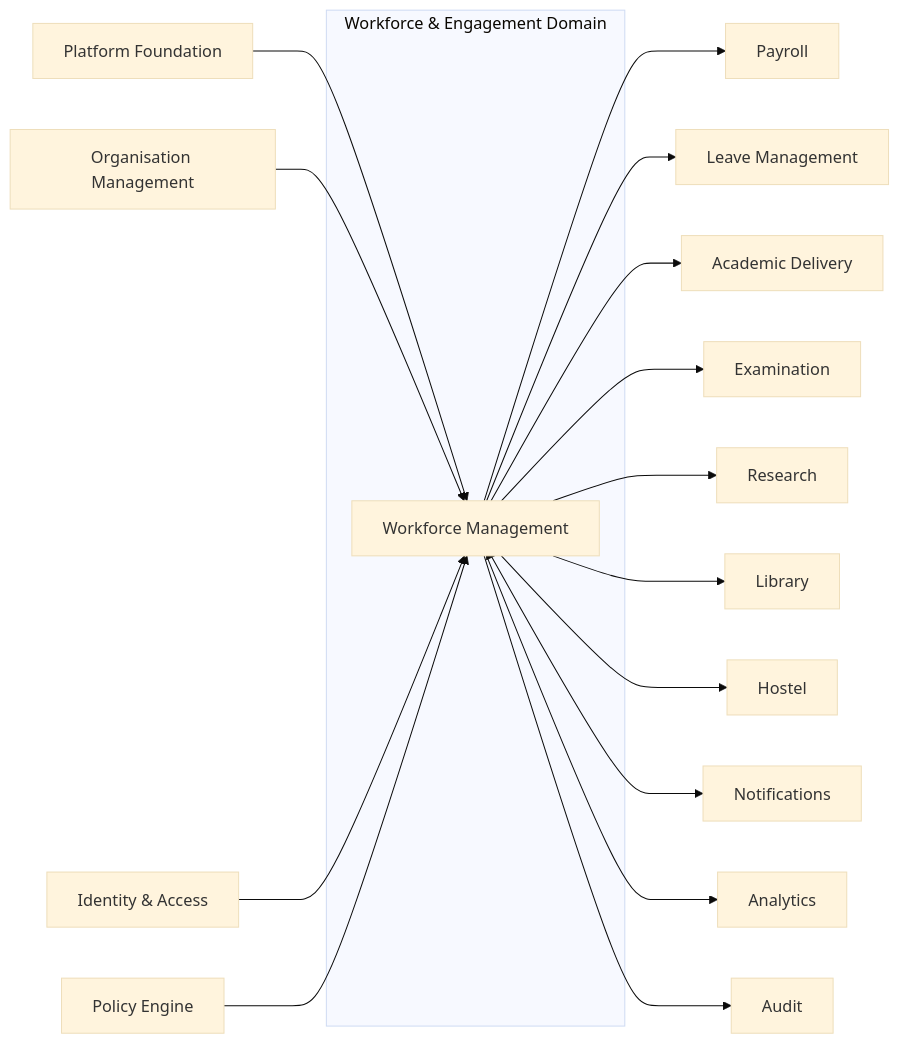
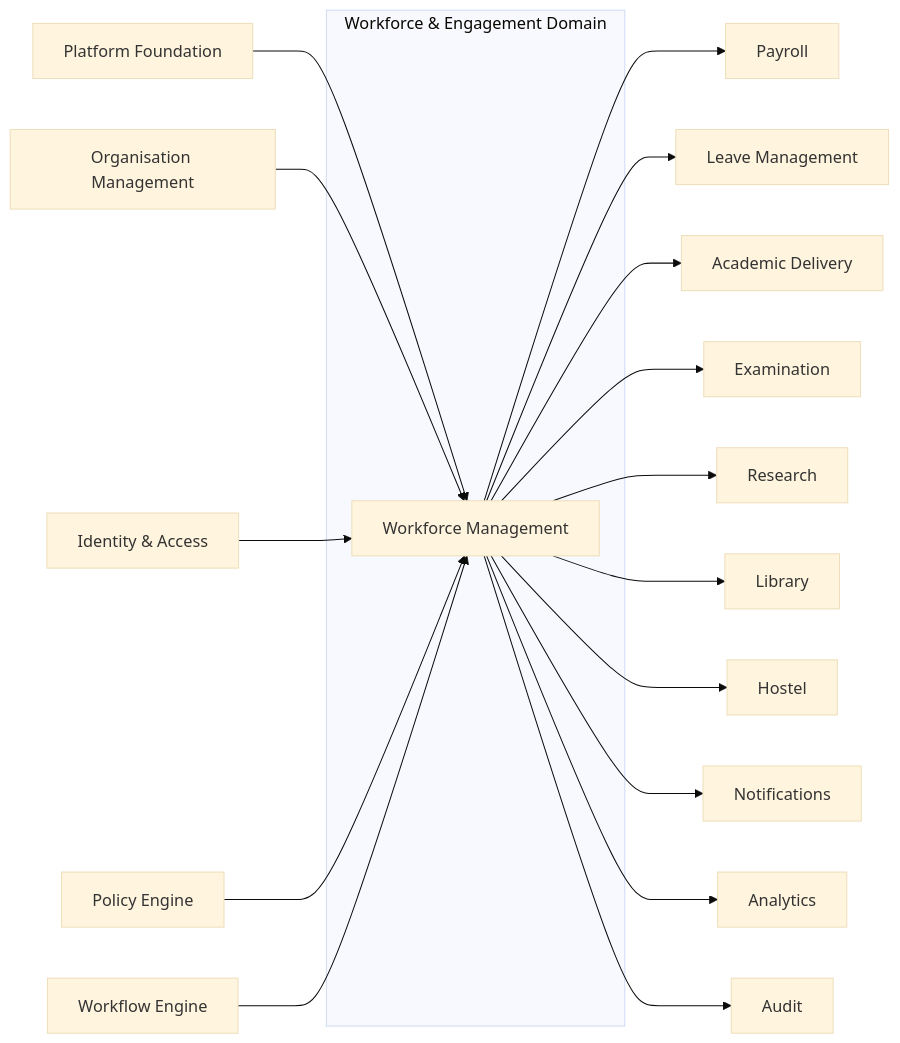
The first of 9 diagrams in architecture/L2_Domain_Workflow_Architecture/section-e/L2-E01_Workforce_and_Engagement_Workflows.md (Varad1604/ERP_hark), drawn with Mermaid (base theme) before and after one commit. The commit also changed other lines of this file and 39 other files, not shown here.

````diff
--- a/architecture/L2_Domain_Workflow_Architecture/section-e/L2-E01_Workforce_and_Engagement_Workflows.md
+++ b/architecture/L2_Domain_Workflow_Architecture/section-e/L2-E01_Workforce_and_Engagement_Workflows.md
@@ -6722,41 +6747,41 @@
 ```mermaid
 flowchart LR
 
 PF[Platform Foundation]
 ORG[Organisation Management]
 IAM[Identity & Access]
 POL[Policy Engine]
 WFE[Workflow Engine]
 
-subgraph WFE["Workforce & Engagement Domain"]
+subgraph WMS["Workforce & Engagement Domain"]
 WF[Workforce Management]
 end
 
 PAY[Payroll]
 LEAVE[Leave Management]
 ACA[Academic Delivery]
 EXAM[Examination]
 RES[Research]
 LIB[Library]
 HOSTEL[Hostel]
 NOTIFY[Notifications]
 ANALYTICS[Analytics]
 AUDIT[Audit]
 
 PF --> WF
 ORG --> WF
 IAM --> WF
 POL --> WF
 WFE --> WF
 
 WF --> PAY
 WF --> LEAVE
 WF --> ACA
 WF --> EXAM
 WF --> RES
 WF --> LIB
 WF --> HOSTEL
 WF --> NOTIFY
 WF --> ANALYTICS
 WF --> AUDIT
 ```
````
